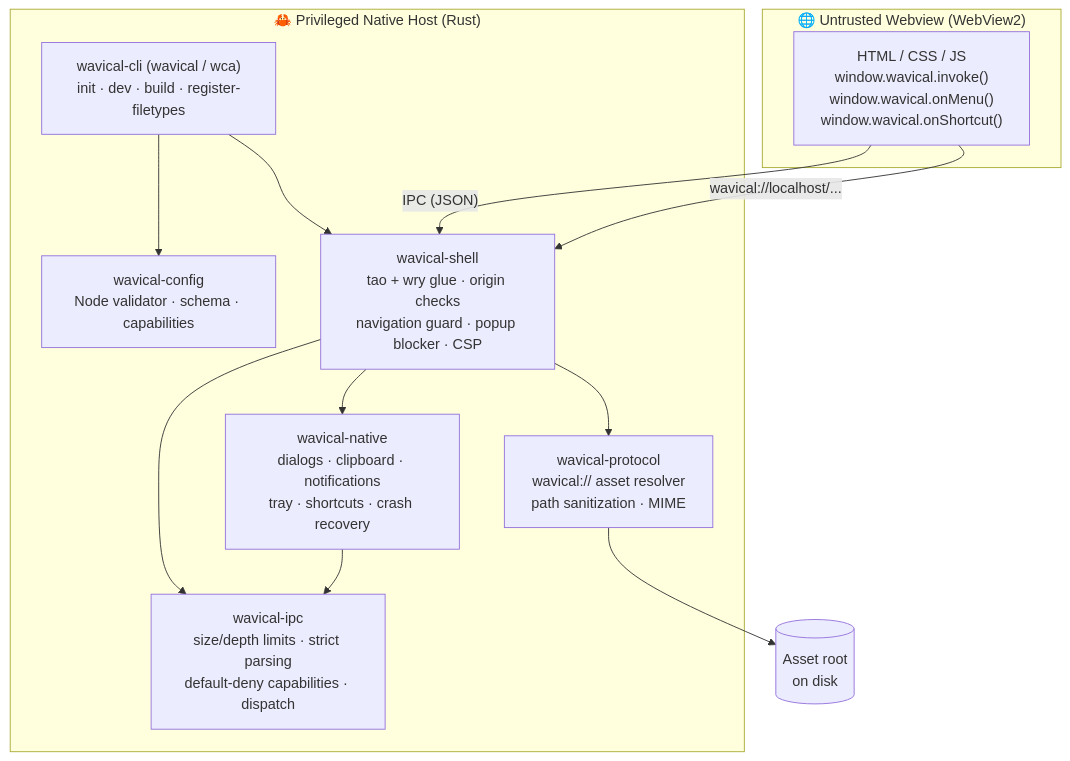
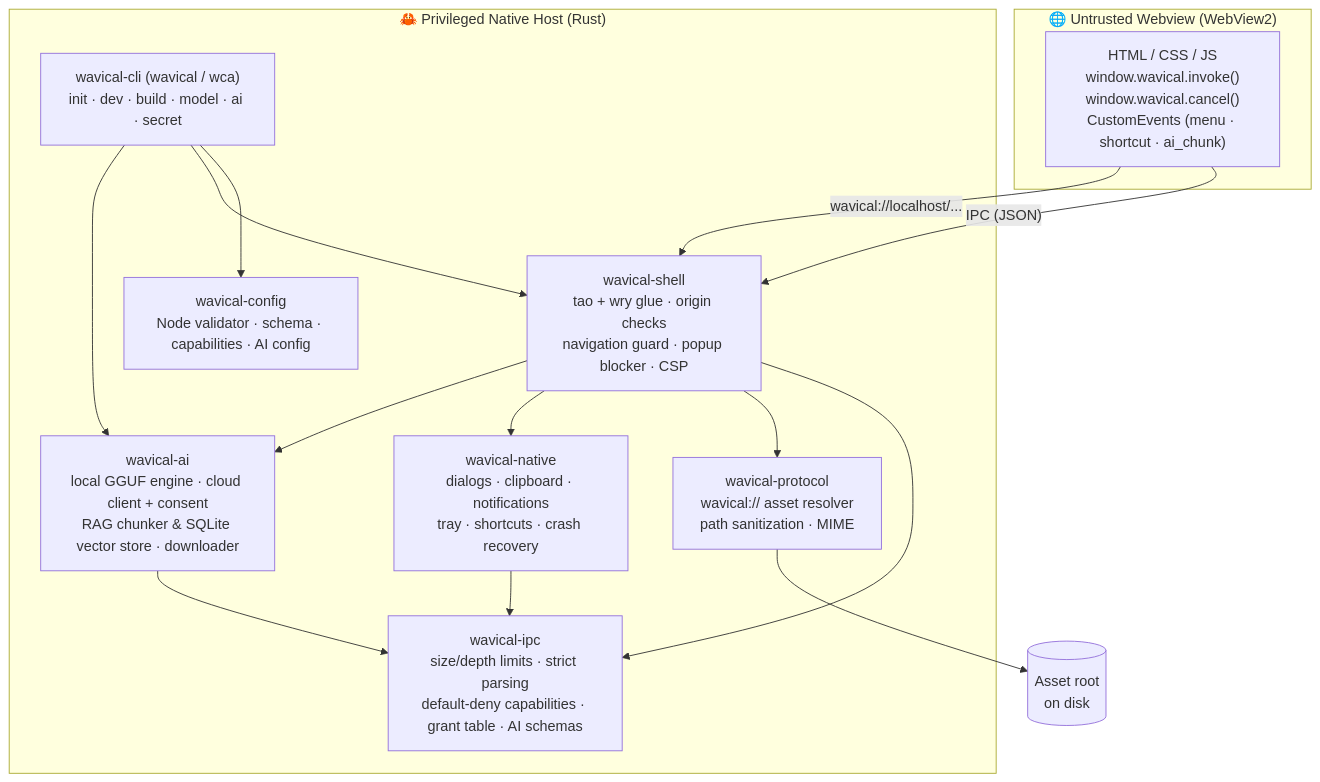
Before and after one commit to dhananjay-ryu-jin-sama/wavical: the diagram in README.md, drawn with Mermaid. The commit also changed other lines of this file and 2 other files, not shown here.

````diff
--- a/README.md
+++ b/README.md
@@ -134,25 +155,29 @@
 ```mermaid
 flowchart TB
     subgraph Untrusted["🌐 Untrusted Webview (WebView2)"]
-        JS["HTML / CSS / JS<br/>window.wavical.invoke()<br/>window.wavical.onMenu()<br/>window.wavical.onShortcut()"]
+        JS["HTML / CSS / JS<br/>window.wavical.invoke()<br/>window.wavical.cancel()<br/>CustomEvents (menu · shortcut · ai_chunk)"]
     end
 
     subgraph Host["🦀 Privileged Native Host (Rust)"]
-        CLI["wavical-cli (wavical / wca)<br/>init · dev · build · register-filetypes"]
-        Config["wavical-config<br/>Node validator · schema · capabilities"]
+        CLI["wavical-cli (wavical / wca)<br/>init · dev · build · model · ai · secret"]
+        Config["wavical-config<br/>Node validator · schema · capabilities · AI config"]
         Shell["wavical-shell<br/>tao + wry glue · origin checks<br/>navigation guard · popup blocker · CSP"]
         Native["wavical-native<br/>dialogs · clipboard · notifications<br/>tray · shortcuts · crash recovery"]
-        IPC["wavical-ipc<br/>size/depth limits · strict parsing<br/>default-deny capabilities · dispatch"]
+        AI["wavical-ai<br/>local GGUF engine · cloud client + consent<br/>RAG chunker & SQLite vector store · downloader"]
+        IPC["wavical-ipc<br/>size/depth limits · strict parsing<br/>default-deny capabilities · grant table · AI schemas"]
         Proto["wavical-protocol<br/>wavical:// asset resolver<br/>path sanitization · MIME"]
     end
 
     CLI --> Config
     CLI --> Shell
+    CLI --> AI
     JS -- "IPC (JSON)" --> Shell
     JS -- "wavical://localhost/..." --> Shell
     Shell --> IPC
     Shell --> Proto
     Shell --> Native
+    Shell --> AI
     Native --> IPC
+    AI --> IPC
     Proto --> FS[("Asset root<br/>on disk")]
 ```
````
